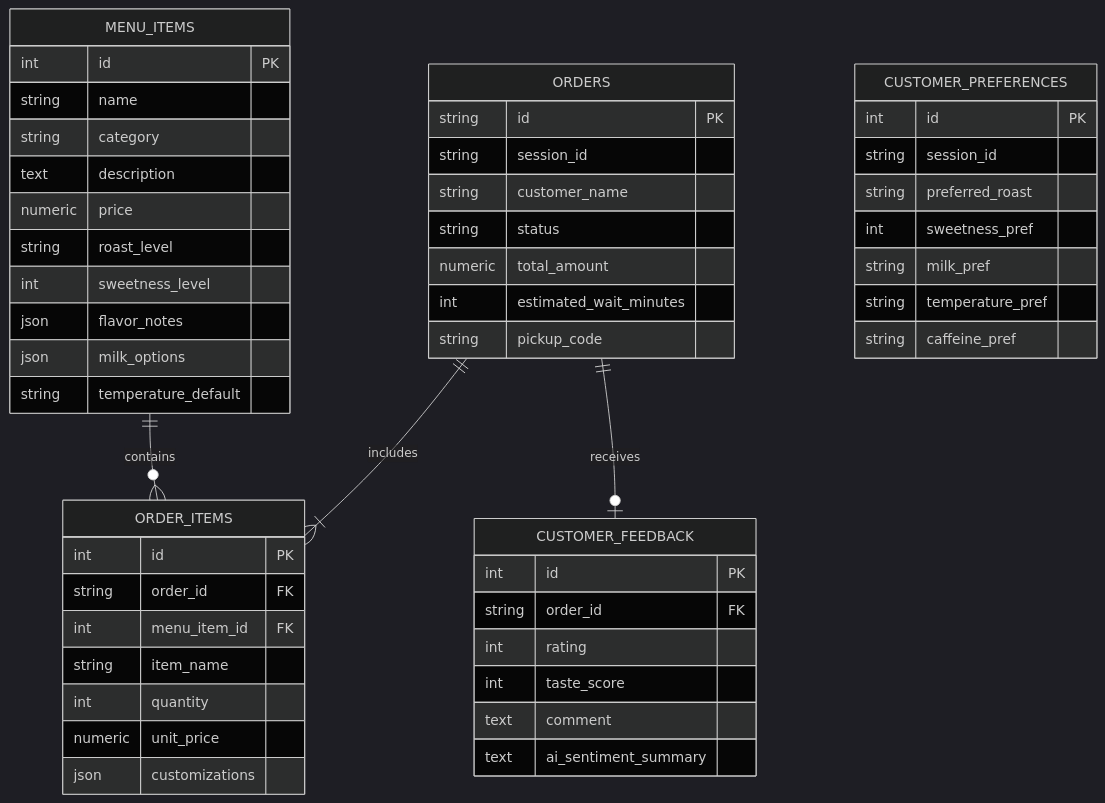
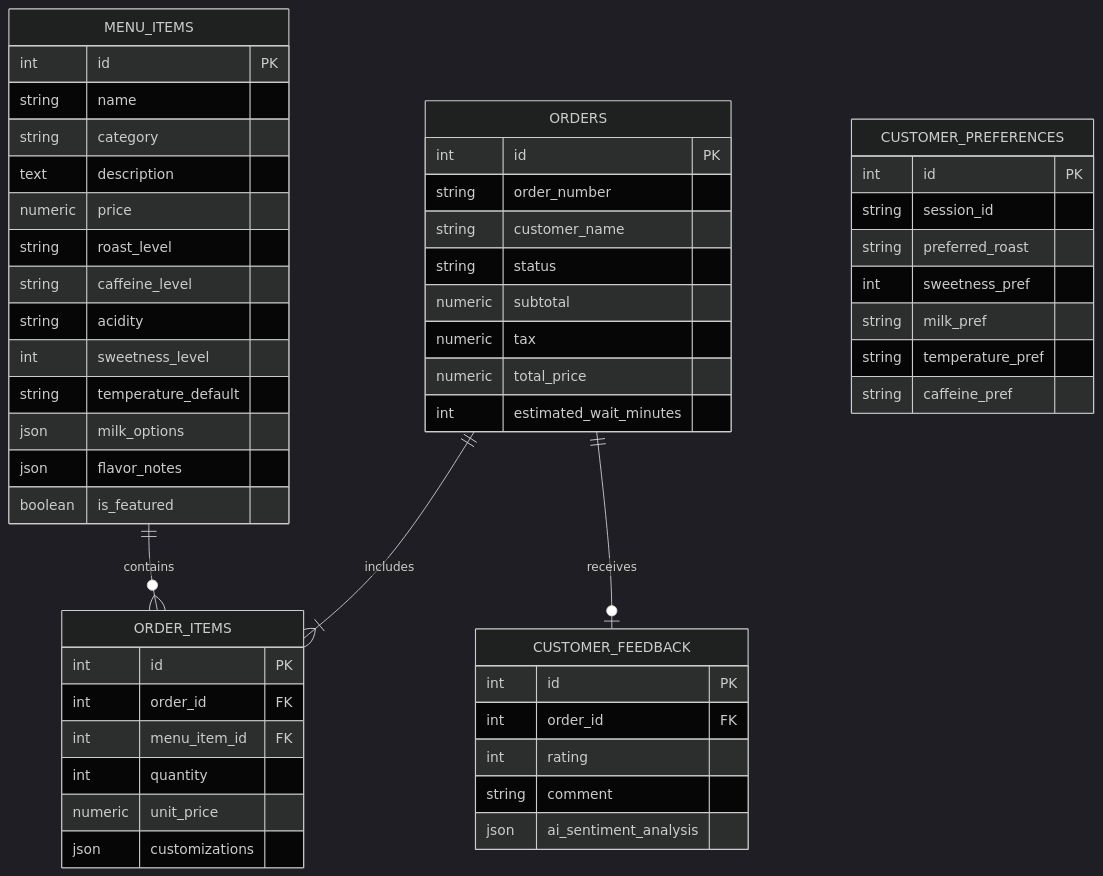
The second of 2 diagrams in README.md (krishnasai-narayana/sipsenseAI), drawn with Mermaid (dark theme) before and after one commit. The commit also changed other lines of this file and 6 other files, not shown here.

````diff
--- a/README.md
+++ b/README.md
@@ -80,53 +117,55 @@
 ```mermaid
 erDiagram
     MENU_ITEMS ||--o{ ORDER_ITEMS : contains
     ORDERS ||--|{ ORDER_ITEMS : includes
     ORDERS ||--o| CUSTOMER_FEEDBACK : receives
     CUSTOMER_PREFERENCES {
         int id PK
         string session_id
         string preferred_roast
         int sweetness_pref
         string milk_pref
         string temperature_pref
         string caffeine_pref
     }
     MENU_ITEMS {
         int id PK
         string name
         string category
         text description
         numeric price
         string roast_level
+        string caffeine_level
+        string acidity
         int sweetness_level
+        string temperature_default
+        json milk_options
         json flavor_notes
-        json milk_options
-        string temperature_default
+        boolean is_featured
     }
     ORDERS {
-        string id PK
-        string session_id
+        int id PK
+        string order_number
         string customer_name
         string status
-        numeric total_amount
+        numeric subtotal
+        numeric tax
+        numeric total_price
         int estimated_wait_minutes
-        string pickup_code
     }
     ORDER_ITEMS {
         int id PK
-        string order_id FK
+        int order_id FK
         int menu_item_id FK
-        string item_name
         int quantity
         numeric unit_price
         json customizations
     }
     CUSTOMER_FEEDBACK {
         int id PK
-        string order_id FK
+        int order_id FK
         int rating
-        int taste_score
-        text comment
-        text ai_sentiment_summary
+        string comment
+        json ai_sentiment_analysis
     }
 ```
````
